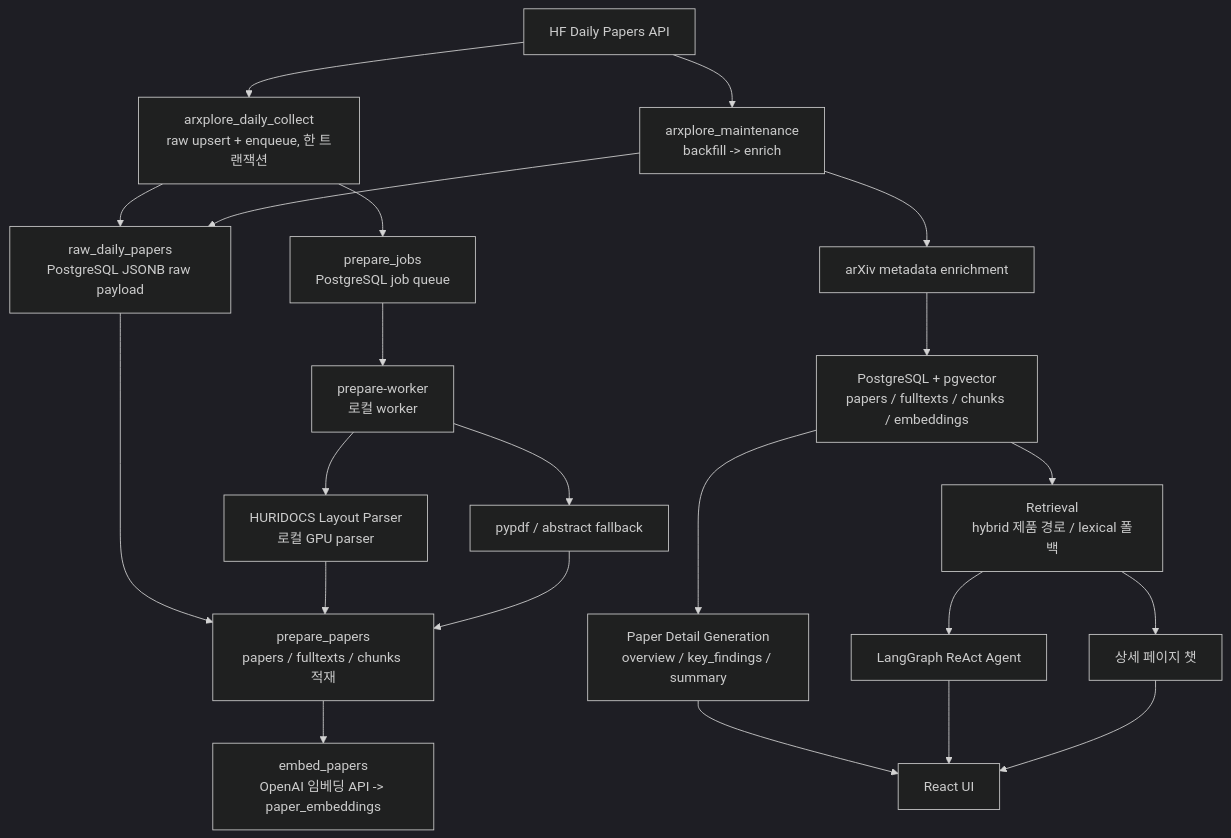
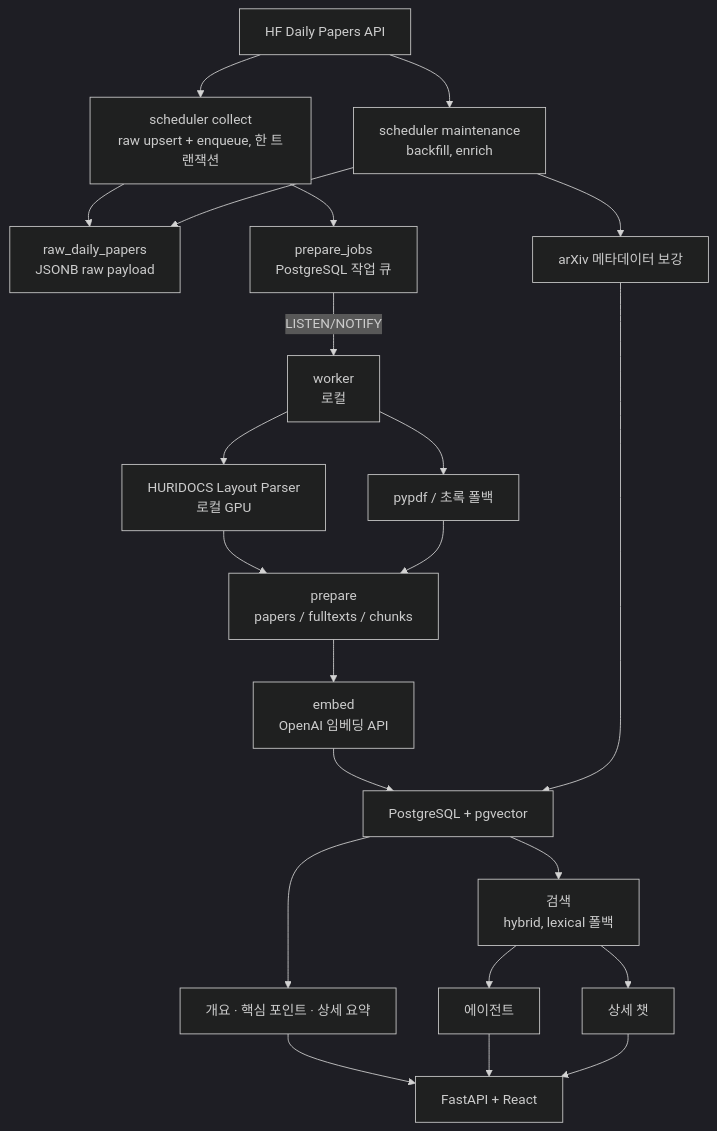
Before and after one commit to cwj0666/ArXplore: the first of 2 diagrams in docs/architecture/ARCHITECTURE.md, drawn with Mermaid (dark theme). The commit also changed other lines of this file, not shown here.

First line of the commit message:
docs: rewrite ARCHITECTURE for the new runtime

````diff
--- a/docs/architecture/ARCHITECTURE.md
+++ b/docs/architecture/ARCHITECTURE.md
@@ -11,24 +11,24 @@
 ```mermaid
 flowchart TD
-    A[HF Daily Papers API] --> C[arxplore_daily_collect<br/>raw upsert + enqueue, 한 트랜잭션]
-    C --> B[raw_daily_papers<br/>PostgreSQL JSONB raw payload]
-    C --> D[prepare_jobs<br/>PostgreSQL job queue]
-    D --> E[prepare-worker<br/>로컬 worker]
-    E --> F[HURIDOCS Layout Parser<br/>로컬 GPU parser]
-    E --> G[pypdf / abstract fallback]
-    B --> H[prepare_papers<br/>papers / fulltexts / chunks 적재]
-    F --> H
+    A[HF Daily Papers API] --> C[scheduler collect<br/>raw upsert + enqueue, 한 트랜잭션]
+    C --> B[raw_daily_papers<br/>JSONB raw payload]
+    C --> D[prepare_jobs<br/>PostgreSQL 작업 큐]
+    D -->|LISTEN/NOTIFY| E[worker<br/>로컬]
+    E --> F[HURIDOCS Layout Parser<br/>로컬 GPU]
+    E --> G[pypdf / 초록 폴백]
+    F --> H[prepare<br/>papers / fulltexts / chunks]
     G --> H
-    H --> I[embed_papers<br/>OpenAI 임베딩 API -> paper_embeddings]
-    A --> J[arxplore_maintenance<br/>backfill -> enrich]
+    H --> I[embed<br/>OpenAI 임베딩 API]
+    A --> J[scheduler maintenance<br/>backfill, enrich]
     J --> B
-    J --> K[arXiv metadata enrichment]
-    K --> L[PostgreSQL + pgvector<br/>papers / fulltexts / chunks / embeddings]
-    L --> M[Retrieval<br/>hybrid 제품 경로 / lexical 폴백]
-    L --> N[Paper Detail Generation<br/>overview / key_findings / summary]
-    M --> O[LangGraph ReAct Agent]
-    M --> Q[상세 페이지 챗]
-    N --> P[React UI]
+    J --> K[arXiv 메타데이터 보강]
+    I --> L[PostgreSQL + pgvector]
+    K --> L
+    L --> M[검색<br/>hybrid, lexical 폴백]
+    L --> N[개요 · 핵심 포인트 · 상세 요약]
+    M --> O[에이전트]
+    M --> Q[상세 챗]
+    N --> P[FastAPI + React]
     O --> P
     Q --> P
 ```
````
